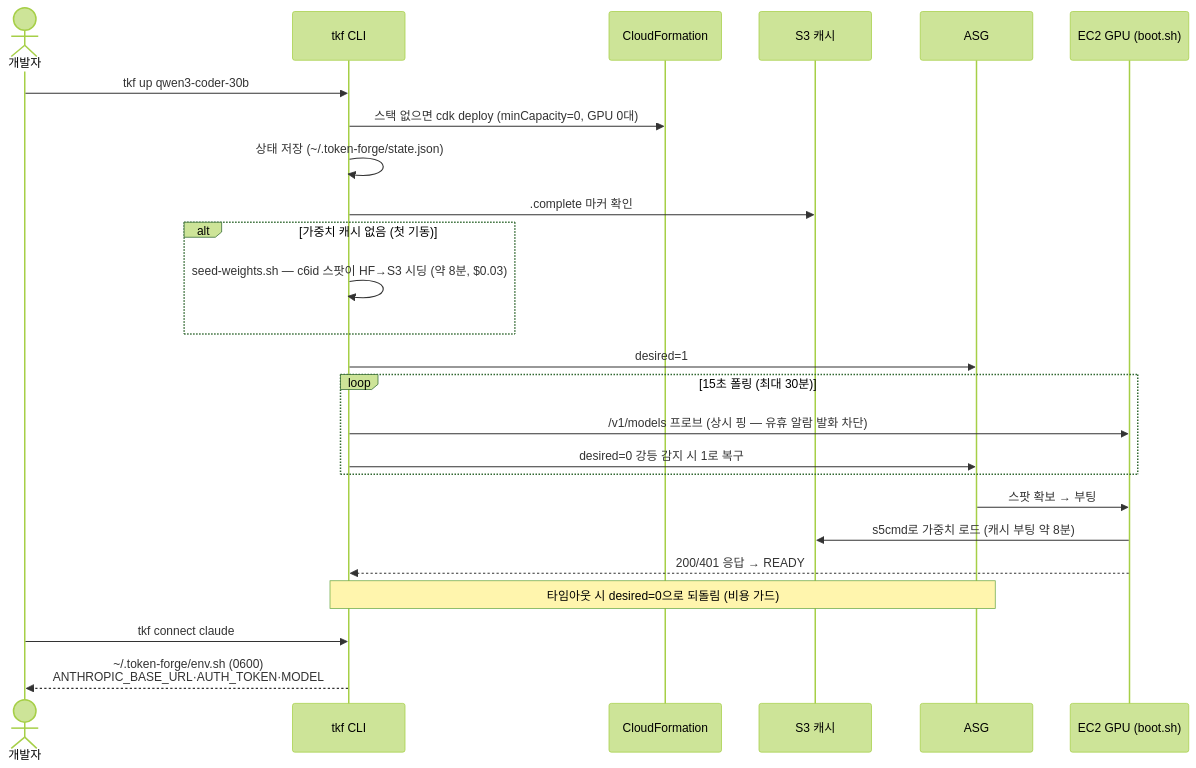
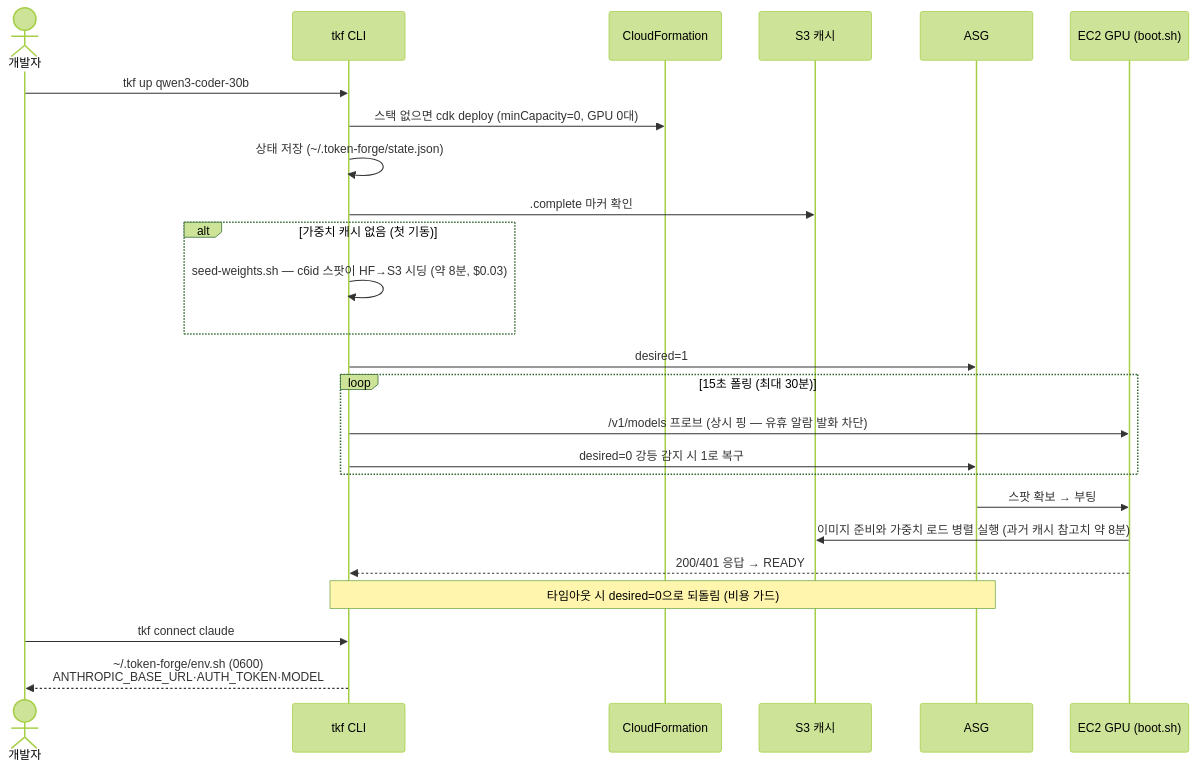
Before and after one commit to roboco-io/token-forge: the third of 6 diagrams in docs/architecture.md, drawn with Mermaid (forest theme). The commit also changed other lines of this file and 8 other files, not shown here.

````diff
--- a/docs/architecture.md
+++ b/docs/architecture.md
@@ -110,28 +110,28 @@
 ```mermaid
 sequenceDiagram
     actor Dev as 개발자
     participant CLI as tkf CLI
     participant CFN as CloudFormation
     participant S3 as S3 캐시
     participant ASG as ASG
     participant GPU as EC2 GPU (boot.sh)
 
     Dev->>CLI: tkf up qwen3-coder-30b
     CLI->>CFN: 스택 없으면 cdk deploy (minCapacity=0, GPU 0대)
     CLI->>CLI: 상태 저장 (~/.token-forge/state.json)
     CLI->>S3: .complete 마커 확인
     alt 가중치 캐시 없음 (첫 기동)
         CLI->>CLI: seed-weights.sh — c6id 스팟이 HF→S3 시딩 (약 8분, $0.03)
     end
     CLI->>ASG: desired=1
     loop 15초 폴링 (최대 30분)
         CLI->>GPU: /v1/models 프로브 (상시 핑 — 유휴 알람 발화 차단)
         CLI->>ASG: desired=0 강등 감지 시 1로 복구
     end
     ASG->>GPU: 스팟 확보 → 부팅
-    GPU->>S3: s5cmd로 가중치 로드 (캐시 부팅 약 8분)
+    GPU->>S3: 이미지 준비와 가중치 로드 병렬 실행 (과거 캐시 참고치 약 8분)
     GPU-->>CLI: 200/401 응답 → READY
     Note over CLI,ASG: 타임아웃 시 desired=0으로 되돌림 (비용 가드)
     Dev->>CLI: tkf connect claude
     CLI-->>Dev: ~/.token-forge/env.sh (0600)<br/>ANTHROPIC_BASE_URL·AUTH_TOKEN·MODEL
 ```
````
